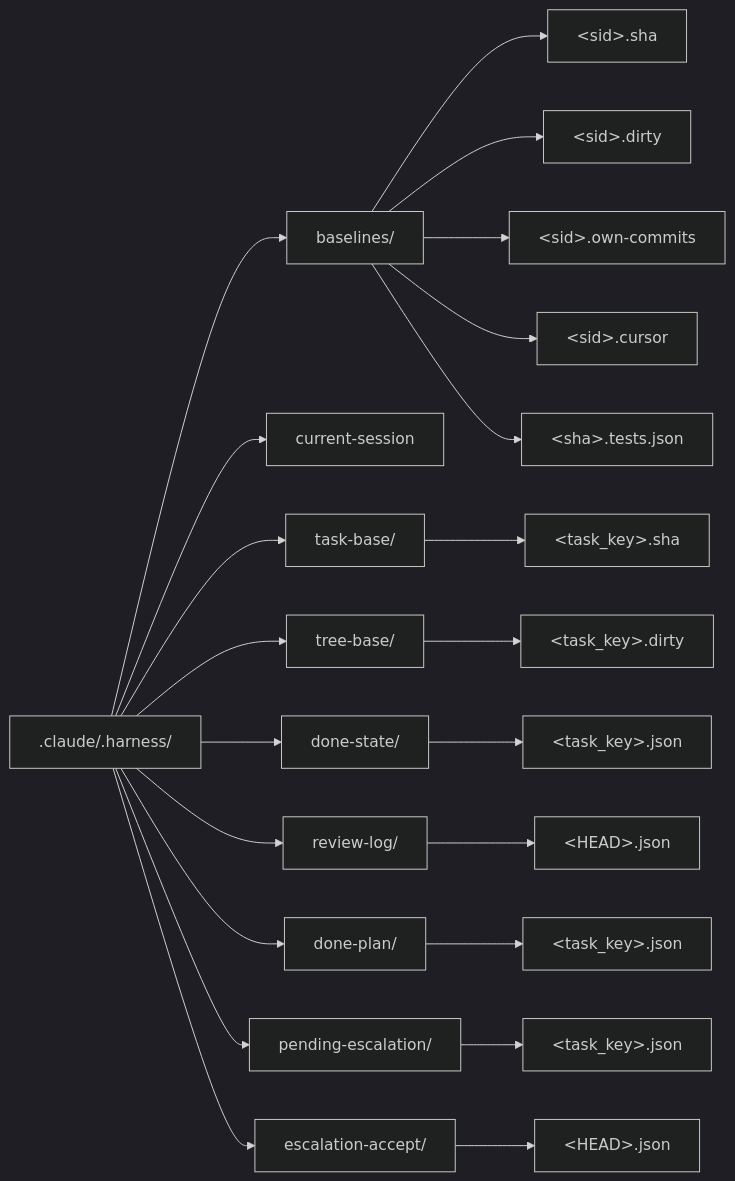
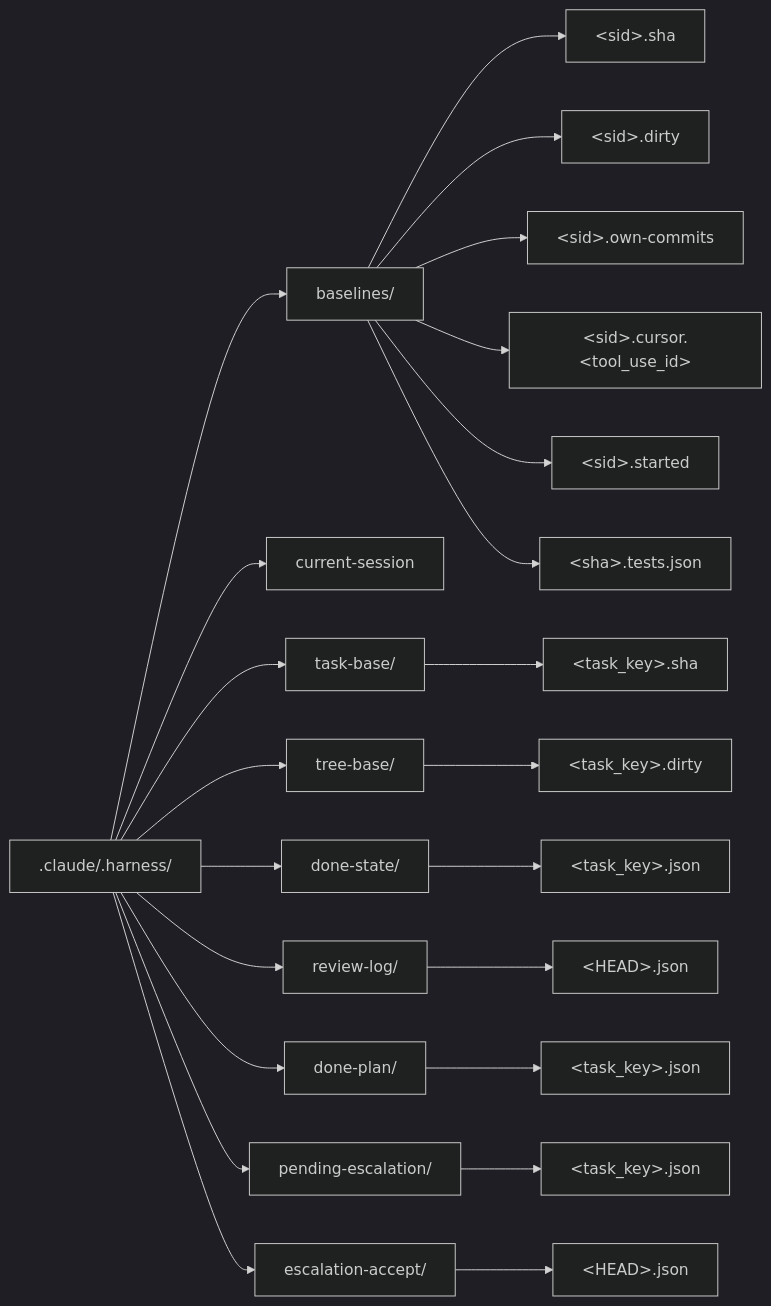
One commit to pehota/harlo changed the tenth of 10 diagrams in docs/architecture.md. Above: the diagram before and after it, drawn with Mermaid (dark theme). The commit also changed other lines of this file and 7 other files, not shown here.

````diff
--- a/docs/architecture.md
+++ b/docs/architecture.md
@@ -875,24 +883,25 @@
 ```mermaid
 flowchart LR
   H[".claude/.harness/"] --> BL["baselines/"]
   H --> CS["current-session"]
   H --> TB["task-base/"]
   H --> TRB["tree-base/"]
   H --> DS["done-state/"]
   H --> RL["review-log/"]
   H --> DP["done-plan/"]
   H --> PE["pending-escalation/"]
   H --> EA["escalation-accept/"]
   BL --> B1["&lt;sid&gt;.sha"]
   BL --> B2["&lt;sid&gt;.dirty"]
   BL --> B3["&lt;sid&gt;.own-commits"]
-  BL --> B3c["&lt;sid&gt;.cursor"]
+  BL --> B3c["&lt;sid&gt;.cursor.&lt;tool_use_id&gt;"]
+  BL --> B3d["&lt;sid&gt;.started"]
   BL --> B4["&lt;sha&gt;.tests.json"]
   TB --> T1["&lt;task_key&gt;.sha"]
   TRB --> TR1["&lt;task_key&gt;.dirty"]
   DS --> D1["&lt;task_key&gt;.json"]
   RL --> R1["&lt;HEAD&gt;.json"]
   DP --> DP1["&lt;task_key&gt;.json"]
   PE --> PE1["&lt;task_key&gt;.json"]
   EA --> EA1["&lt;HEAD&gt;.json"]
 ```
````
